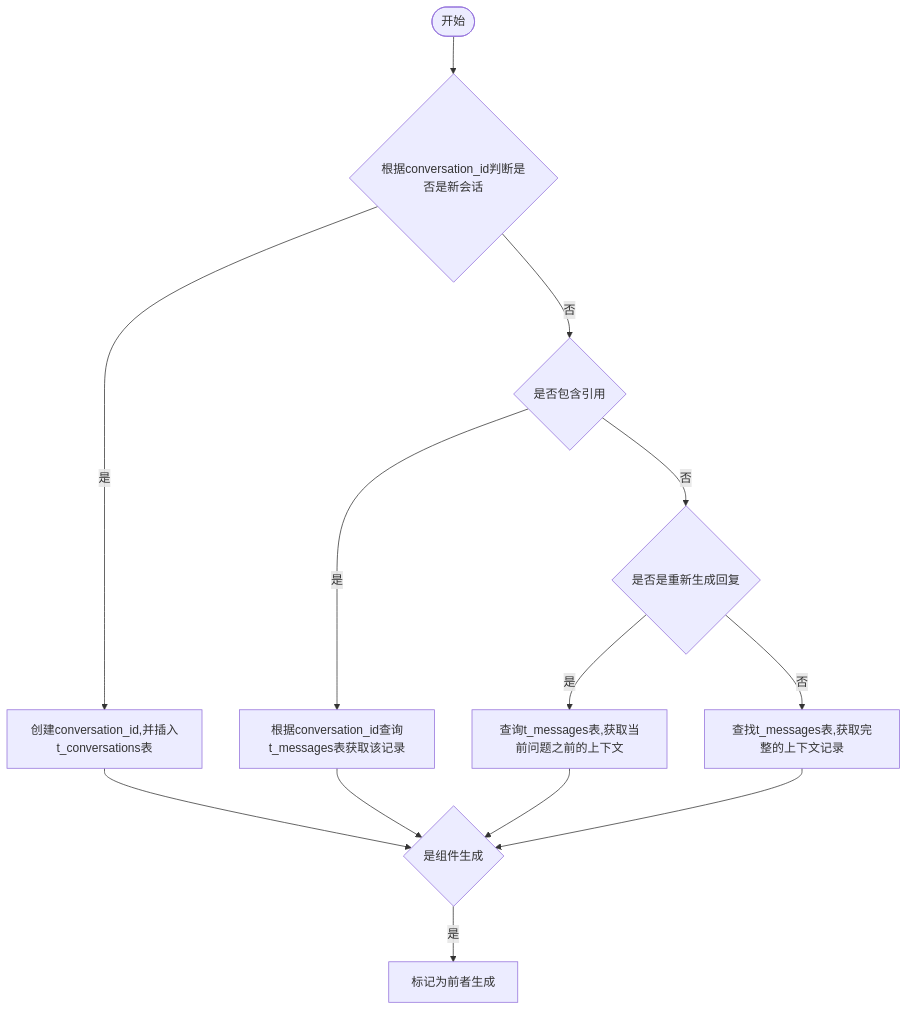
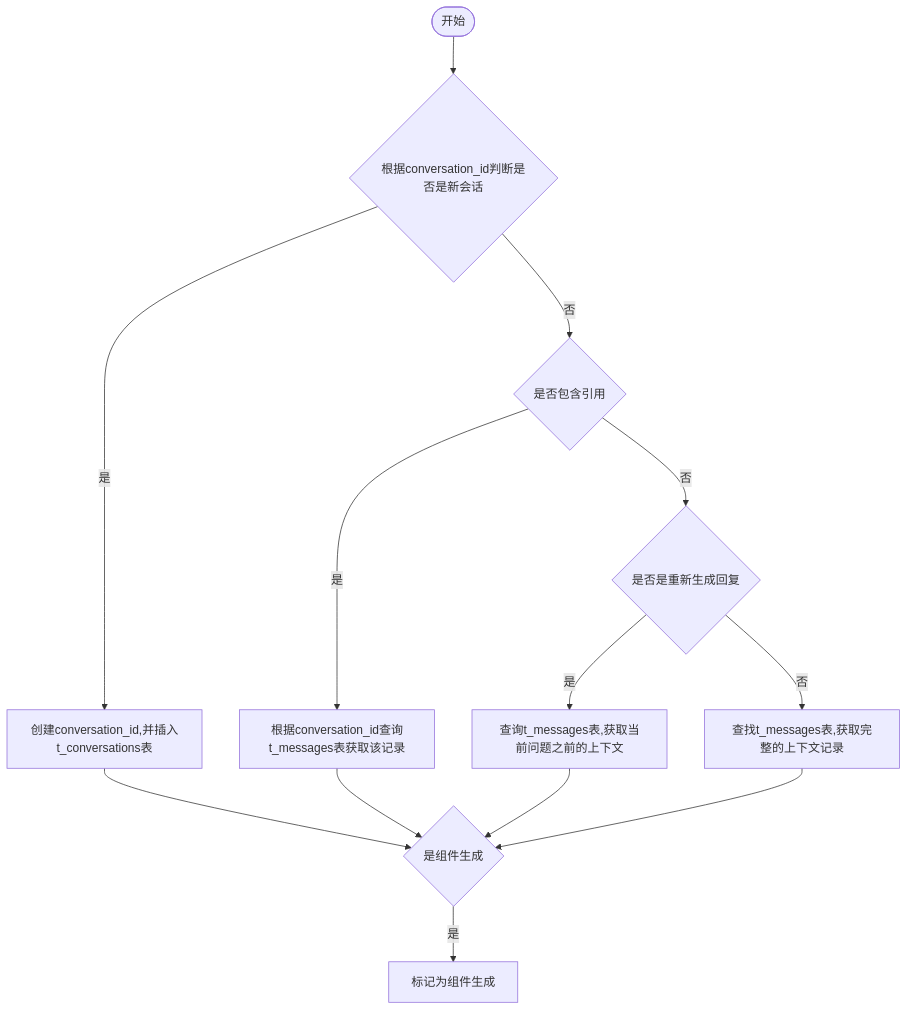
One commit to yingjianzh/iodraw-files changed the diagram in all/未命名-7.md. Above: the diagram before and after it, drawn with Mermaid.

Commit message:
2024-10-12 14:27:30 update

````diff
--- a/all/未命名-7.md
+++ b/all/未命名-7.md
@@ -1,15 +1,15 @@
 ```mermaid
 flowchart TD
     A([开始]) --> B{根据conversation_id判断是否是新会话}
     B -- 是 --> C[创建conversation_id,并插入t_conversations表]
     B -- 否 --> D{是否包含引用}
     D -- 是 --> E[根据conversation_id查询t_messages表获取该记录]
     D -- 否 --> F{是否是重新生成回复}
     F -- 是 --> G[查询t_messages表,获取当前问题之前的上下文]
     F -- 否 --> H[查找t_messages表,获取完整的上下文记录]
      
     C & E & G & H --> I{是组件生成}
-    I -- 是 --> J[标记为前者生成]
+    I -- 是 --> J[标记为组件生成]
 
 
 ```
````
